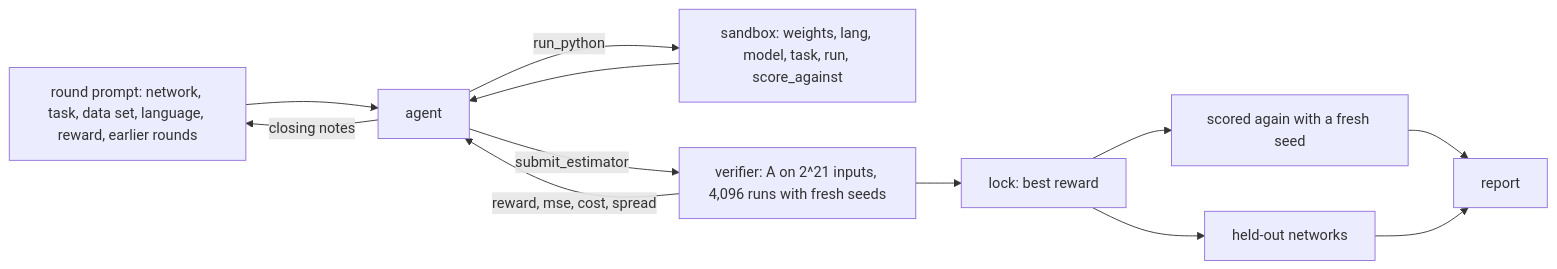
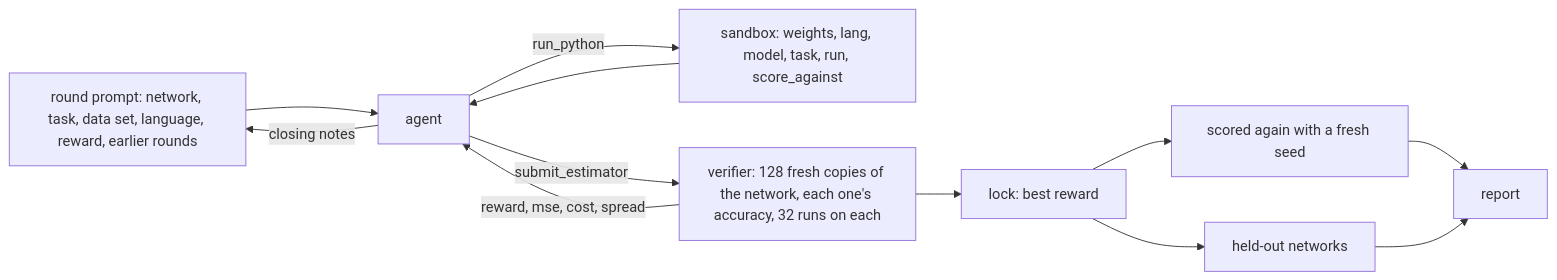
Before and after one commit to WFJKK/ARC-agent: the diagram in README.md, drawn with Mermaid. The commit also changed other lines of this file and 8 other files, not shown here.

````diff
--- a/README.md
+++ b/README.md
@@ -135,14 +199,14 @@
 ```mermaid
 flowchart LR
     P[round prompt: network, task, data set, language, reward, earlier rounds] --> A[agent]
     A -- run_python --> S[sandbox: weights, lang, model, task, run, score_against]
     S --> A
-    A -- submit_estimator --> V[verifier: A on 2^21 inputs, 4,096 runs with fresh seeds]
+    A -- submit_estimator --> V[verifier: 128 fresh copies of the network, each one's accuracy, 32 runs on each]
     V -- reward, mse, cost, spread --> A
     A -- closing notes --> P
     V --> L[lock: best reward]
     L --> M[scored again with a fresh seed]
     L --> H[held-out networks]
     M --> R[report]
     H --> R
 ```
````
